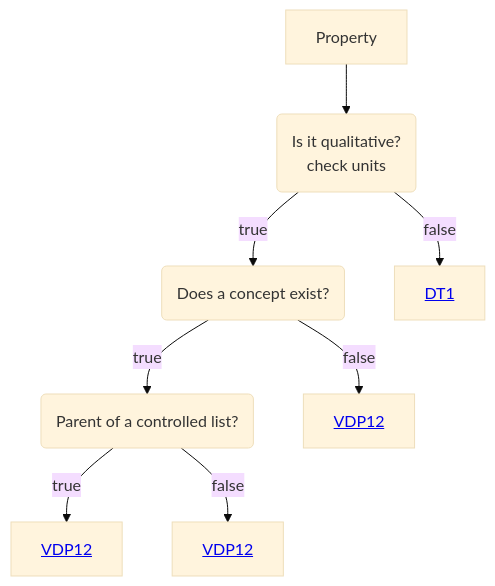
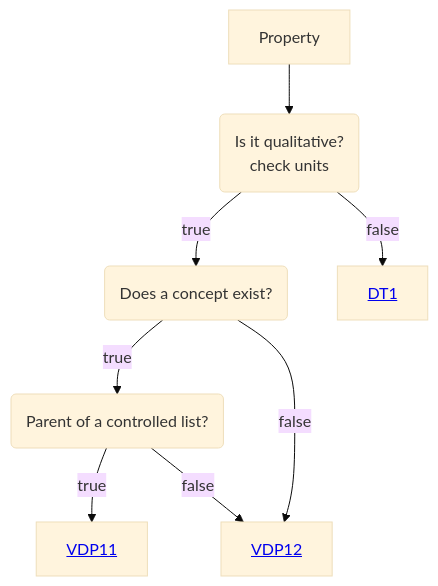
The diagram in Decisition_trees/DT0.mmd (mabablue/I-ADOPT-patterns-playground), drawn with Mermaid (base theme) before and after one commit.

```diff
--- a/Decisition_trees/DT0.mmd
+++ b/Decisition_trees/DT0.mmd
@@ -1,8 +1,8 @@
 flowchart TD
     A[Property] --> B(Is it qualitative? <br> check units)
     B --> |true|C(Does a concept exist?) 
     B --> |false|D[<a href='https://github.com/mabablue/I-ADOPT-patterns-playground/blob/main/Decisition_trees/DT1.yaml'>DT1</a>] 
     C --> |true|E(Parent of a controlled list?)
     C --> |false|H[<a href='https://github.com/mabablue/I-ADOPT-patterns-playground/blob/main/pattern/VDP12.yaml'>VDP12</a>] 
-    E --> |true|F[<a href='https://github.com/mabablue/I-ADOPT-patterns-playground/blob/main/pattern/VDP11.yaml'>VDP12</a>] 
-    E --> |false|G[<a href='https://github.com/mabablue/I-ADOPT-patterns-playground/blob/main/pattern/VDP12.yaml'>VDP12</a>] 
+    E --> |true|F[<a href='https://github.com/mabablue/I-ADOPT-patterns-playground/blob/main/pattern/VDP11.yaml'>VDP11</a>] 
+    E --> |false|H
```
